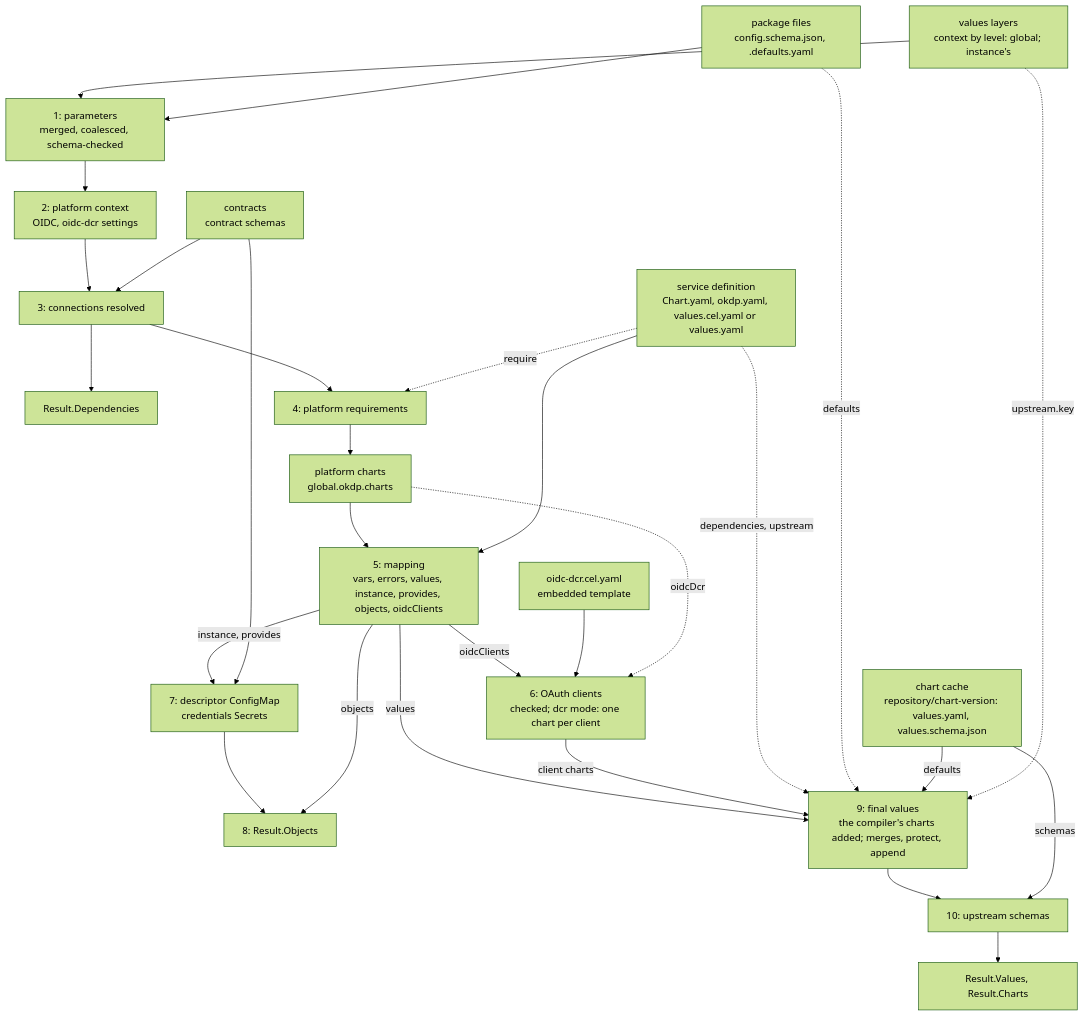
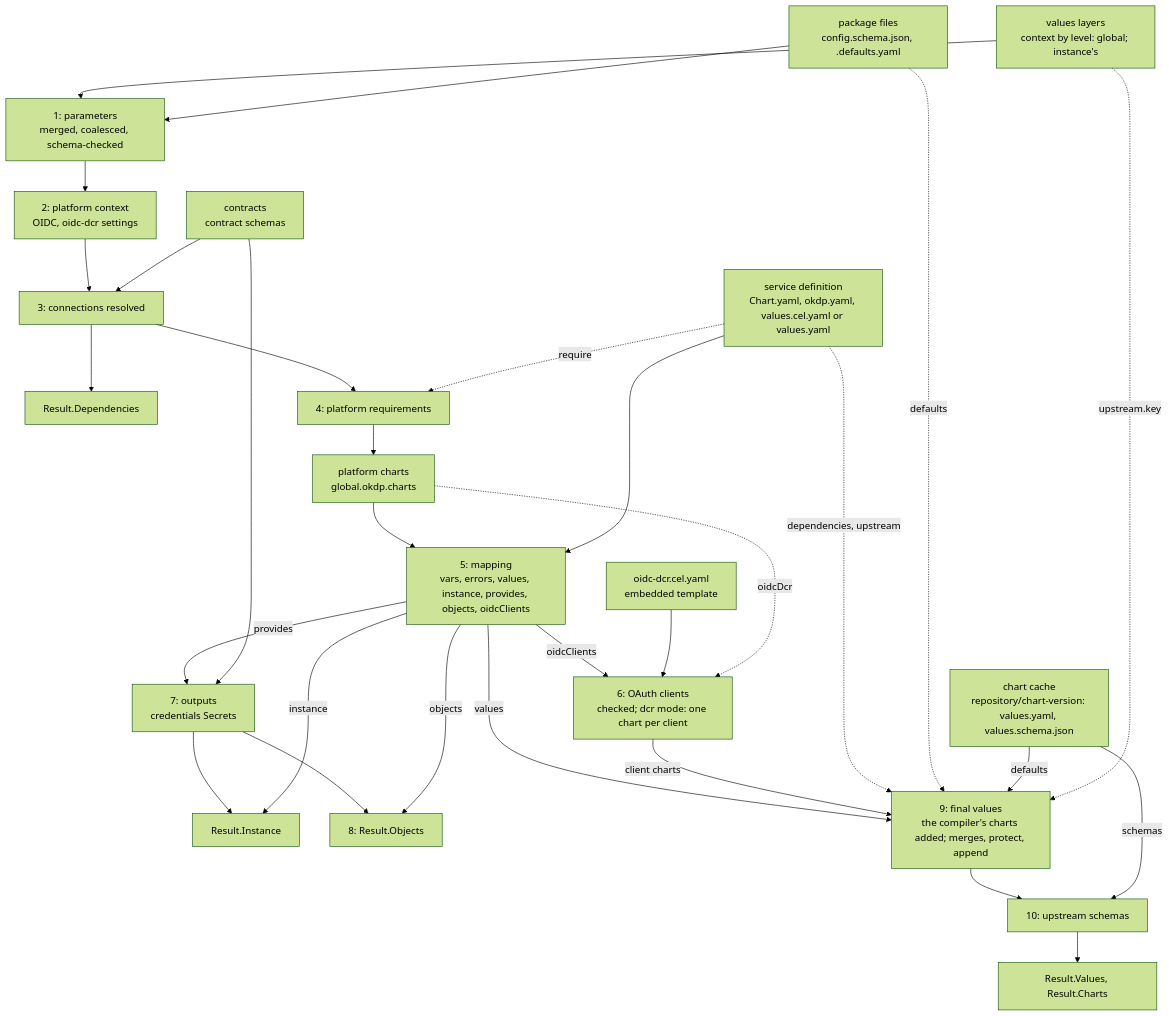
The diagram in docs/00_architecture.md (OKDP/okdp-compiler), drawn with Mermaid (forest theme) before and after one commit. The commit also changed other lines of this file and 41 other files, not shown here.

Commit message:
feat!: okdp.instance.yaml replaces the descriptor ConfigMap

````diff
--- a/docs/00_architecture.md
+++ b/docs/00_architecture.md
@@ -46,37 +47,39 @@
 ```mermaid
 flowchart TD
   def["service definition<br/>Chart.yaml, okdp.yaml, values.cel.yaml or values.yaml"]
   pkg["package files<br/>config.schema.json, <key>.defaults.yaml"]
   layers["values layers<br/>context by level: global; instance's"]
   contracts["contracts<br/>contract schemas"]
   cache["chart cache<br/>repository/chart-version: values.yaml, values.schema.json"]
   tmpl["oidc-dcr.cel.yaml<br/>embedded template"]
 
   layers --> s1["1: parameters<br/>merged, coalesced, schema-checked"]
   pkg --> s1
   s1 --> s2["2: platform context<br/>OIDC, oidc-dcr settings"]
   s2 --> s3["3: connections resolved"]
   contracts --> s3
   s3 --> deps["Result.Dependencies"]
   s3 --> s4["4: platform requirements"]
   def -. "require" .-> s4
   s4 --> pc["platform charts<br/>global.okdp.charts"]
   pc --> s5["5: mapping<br/>vars, errors, values, instance, provides, objects, oidcClients"]
   def --> s5
   s5 -- oidcClients --> s6["6: OAuth clients<br/>checked; dcr mode: one chart per client"]
   tmpl --> s6
   pc -. oidcDcr .-> s6
-  s5 -- "instance, provides" --> s7["7: descriptor ConfigMap<br/>credentials Secrets"]
+  s5 -- provides --> s7["7: outputs<br/>credentials Secrets"]
   contracts --> s7
+  s7 --> inst["Result.Instance"]
+  s5 -- instance --> inst
   s7 --> s8["8: Result.Objects"]
   s5 -- objects --> s8
   s5 -- values --> s9["9: final values<br/>the compiler's charts added; merges, protect, append"]
   s6 -- "client charts" --> s9
   def -. "dependencies, upstream" .-> s9
   pkg -. defaults .-> s9
   cache -- defaults --> s9
   layers -. "upstream.key" .-> s9
   s9 --> s10["10: upstream schemas"]
   cache -- schemas --> s10
   s10 --> vals["Result.Values, Result.Charts"]
 ```
````
